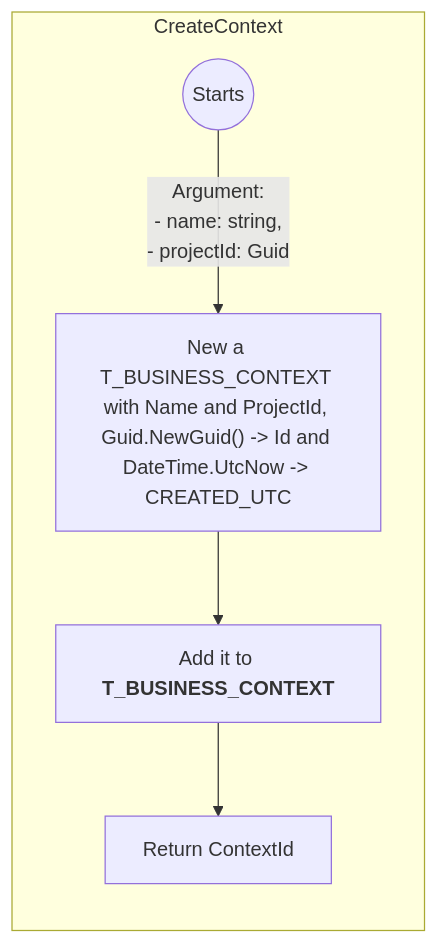
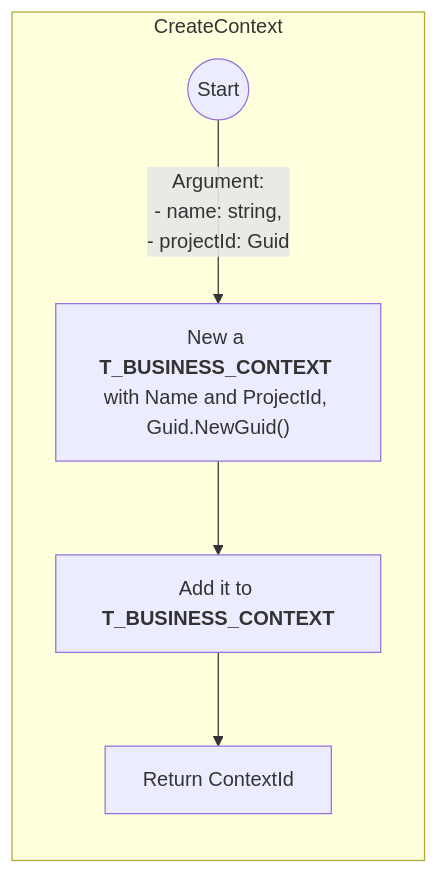
One commit to sdlfly2000/DomainBasedDesigner changed the second of 3 diagrams in AI/Repository/ContextRepository.md. Above: the diagram before and after it, drawn with Mermaid. The commit also changed other lines of this file and 3 other files, not shown here.

````diff
--- a/AI/Repository/ContextRepository.md
+++ b/AI/Repository/ContextRepository.md
@@ -43,12 +46,12 @@
     ```mermaid
         graph TB
             subgraph main [CreateContext]
                 direction TB
-                start(("Start"s)) -->
+                start(("Start")) -->
                 |Argument: 
                 - name: string, 
-                - projectId: Guid| newContext["New a T_BUSINESS_CONTEXT with Name and ProjectId, Guid.NewGuid() -> Id and DateTime.UtcNow -> CREATED_UTC"] -->
+                - projectId: Guid| newContext["`New a **T_BUSINESS_CONTEXT** with Name and ProjectId, Guid.NewGuid()`"] -->
                 AddToContext["`Add it to **T_BUSINESS_CONTEXT**`"] -->
                 return["`Return ContextId`"]
             end
     ```
````
